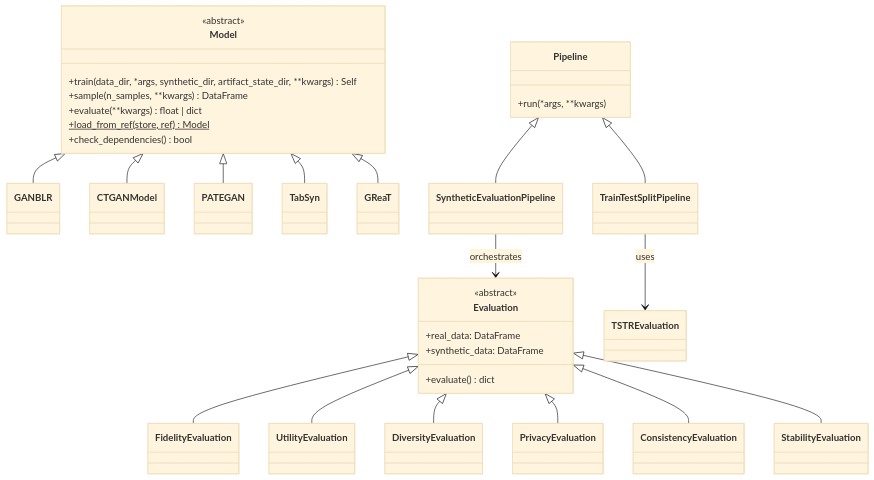
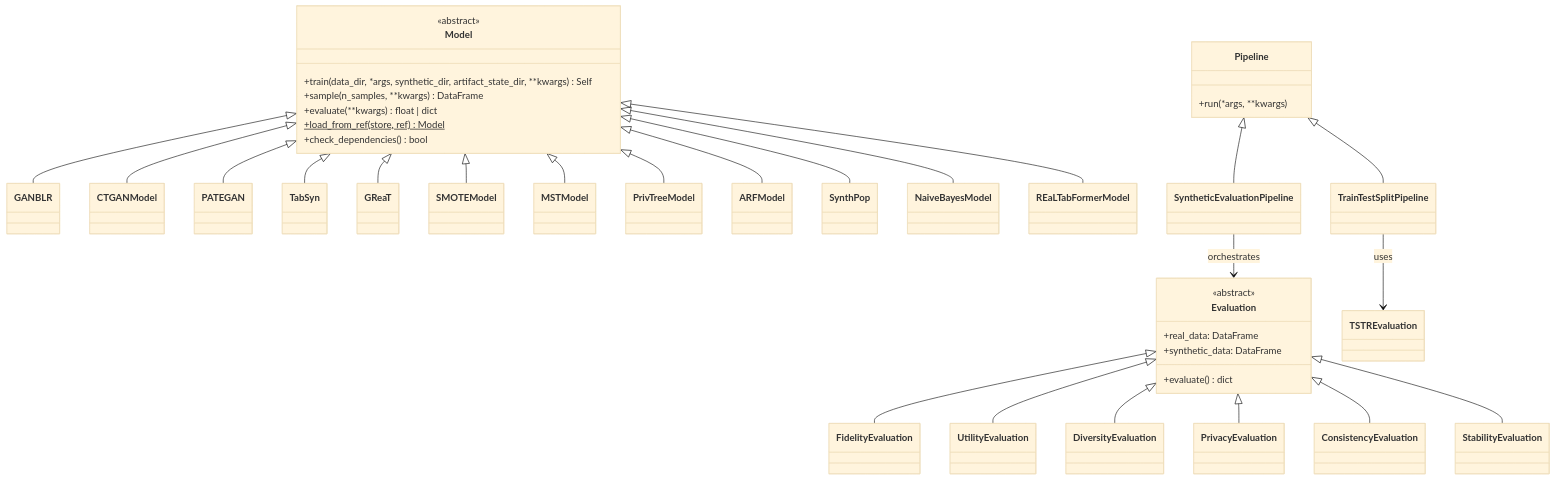
The third of 3 diagrams in ARCHITECTURE.md (datascience-works/Katabatic), drawn with Mermaid (base theme) before and after one commit. The commit also changed other lines of this file and 8 other files, not shown here.

````diff
--- a/ARCHITECTURE.md
+++ b/ARCHITECTURE.md
@@ -66,41 +67,48 @@
 ```mermaid
 classDiagram
     class Model {
         <<abstract>>
         +train(data_dir, *args, synthetic_dir, artifact_state_dir, **kwargs) Self
         +sample(n_samples, **kwargs) DataFrame
         +evaluate(**kwargs) float | dict
         +load_from_ref(store, ref)$ Model
         +check_dependencies() bool
     }
 
     class Evaluation {
         <<abstract>>
         +real_data: DataFrame
         +synthetic_data: DataFrame
         +evaluate() dict
     }
 
     class Pipeline {
         +run(*args, **kwargs)
     }
 
     Model <|-- GANBLR
     Model <|-- CTGANModel
     Model <|-- PATEGAN
     Model <|-- TabSyn
     Model <|-- GReaT
+    Model <|-- SMOTEModel
+    Model <|-- MSTModel
+    Model <|-- PrivTreeModel
+    Model <|-- ARFModel
+    Model <|-- SynthPop
+    Model <|-- NaiveBayesModel
+    Model <|-- REaLTabFormerModel
 
     Evaluation <|-- FidelityEvaluation
     Evaluation <|-- UtilityEvaluation
     Evaluation <|-- DiversityEvaluation
     Evaluation <|-- PrivacyEvaluation
     Evaluation <|-- ConsistencyEvaluation
     Evaluation <|-- StabilityEvaluation
 
     Pipeline <|-- TrainTestSplitPipeline
     Pipeline <|-- SyntheticEvaluationPipeline
 
     SyntheticEvaluationPipeline --> Evaluation : orchestrates
     TrainTestSplitPipeline --> TSTREvaluation : uses
 ```
````
